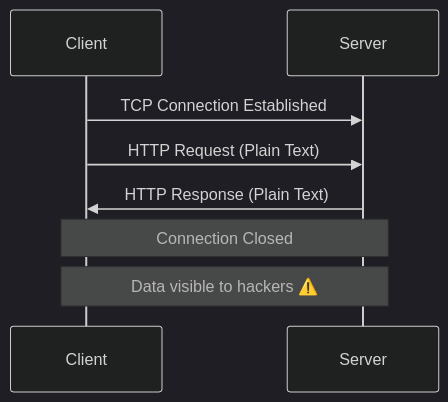
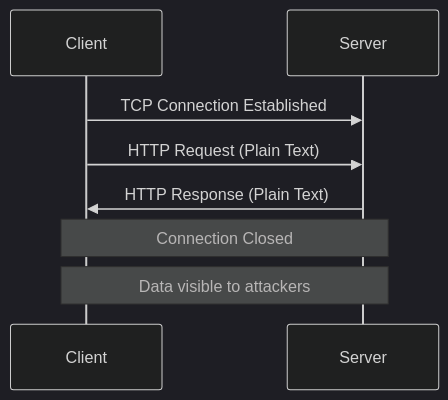
The first of 3 diagrams in docs/mobile/android/networking/networking.md (skymansandy/sandybox), drawn with Mermaid (dark theme) before and after one commit. The commit also changed other lines of this file and 21 other files, not shown here.

````diff
--- a/docs/mobile/android/networking/networking.md
+++ b/docs/mobile/android/networking/networking.md
@@ -7,10 +7,10 @@
 ```mermaid
 sequenceDiagram
     participant C as Client
     participant S as Server
     C->>S: TCP Connection Established
     C->>S: HTTP Request (Plain Text)
     S->>C: HTTP Response (Plain Text)
     Note over C,S: Connection Closed
-    Note over C,S: Data visible to hackers ⚠️
+    Note over C,S: Data visible to attackers
 ```
````
